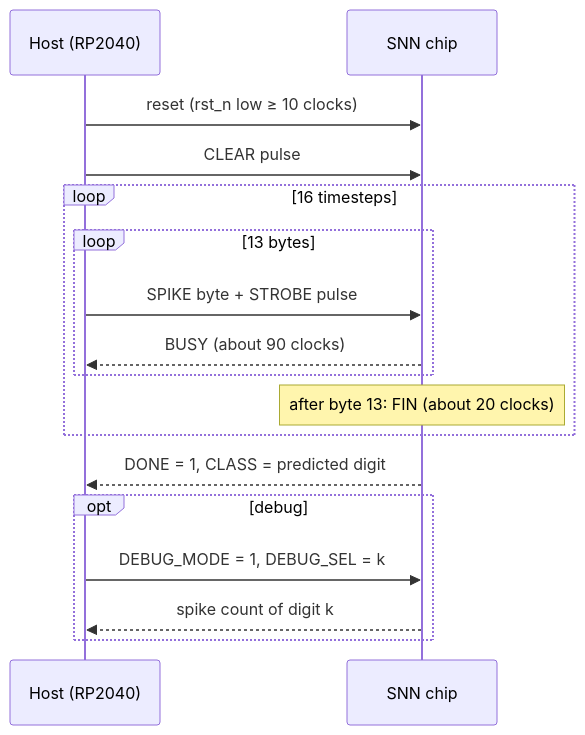
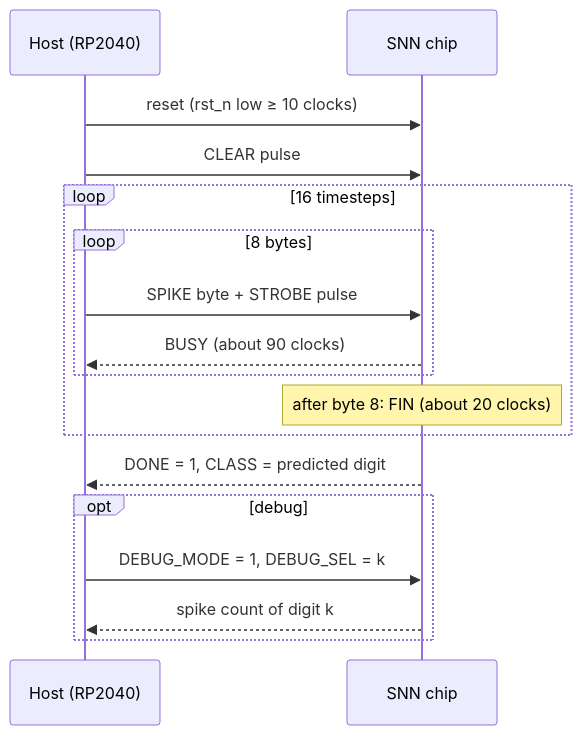
Before and after one commit to nityashah1811/tt-snn-mnist: the diagram in README.md, drawn with Mermaid. The commit also changed other lines of this file and 7 other files, not shown here.

````diff
--- a/README.md
+++ b/README.md
@@ -197,19 +239,19 @@
 ```mermaid
 sequenceDiagram
     participant H as Host (RP2040)
     participant C as SNN chip
     H->>C: reset (rst_n low ≥ 10 clocks)
     H->>C: CLEAR pulse
     loop 16 timesteps
-        loop 13 bytes
+        loop 8 bytes
             H->>C: SPIKE byte + STROBE pulse
             C-->>H: BUSY (about 90 clocks)
         end
-        Note over C: after byte 13: FIN (about 20 clocks)
+        Note over C: after byte 8: FIN (about 20 clocks)
     end
     C-->>H: DONE = 1, CLASS = predicted digit
     opt debug
         H->>C: DEBUG_MODE = 1, DEBUG_SEL = k
         C-->>H: spike count of digit k
     end
 ```
````
